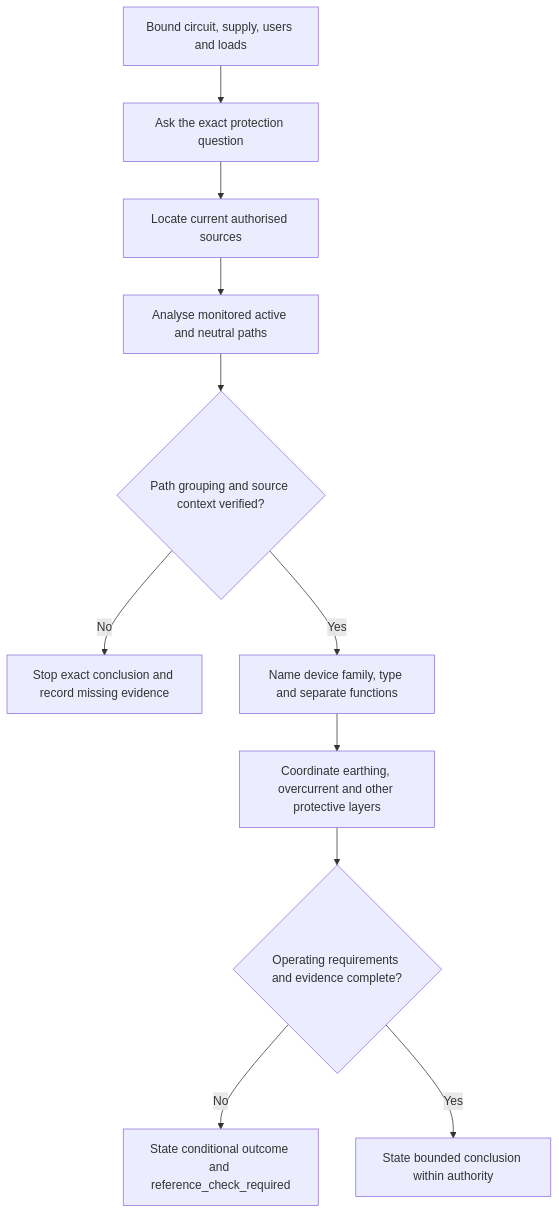
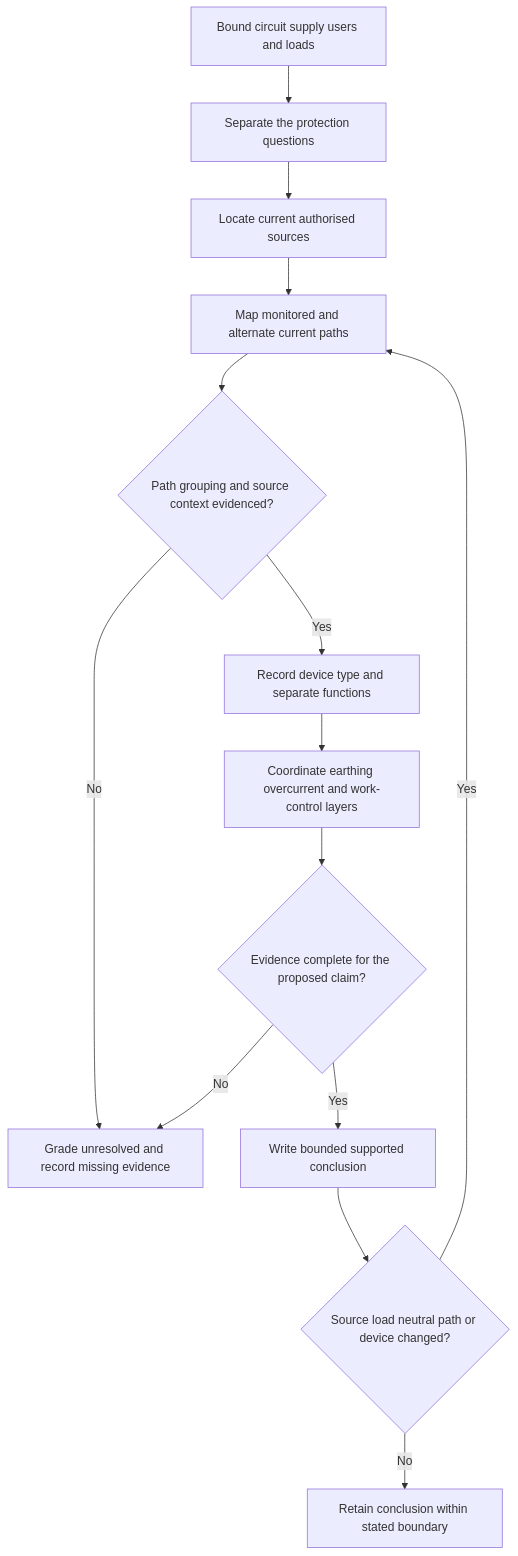
One commit to andrew3stedall/capstone changed the first of 2 diagrams in docs/learning-plans/6-week/modules/day-06-rcd-purpose-limits-and-coordination-with-other-protection.md. Above: the diagram before and after it, drawn with Mermaid. The commit also changed other lines of this file, not shown here.

````diff
--- a/docs/learning-plans/6-week/modules/day-06-rcd-purpose-limits-and-coordination-with-other-protection.md
+++ b/docs/learning-plans/6-week/modules/day-06-rcd-purpose-limits-and-coordination-with-other-protection.md
@@ -157,13 +168,16 @@
 ```mermaid
 flowchart TD
-    A["Bound circuit, supply, users and loads"] --> B["Ask the exact protection question"]
+    A["Bound circuit supply users and loads"] --> B["Separate the protection questions"]
     B --> C["Locate current authorised sources"]
-    C --> D["Analyse monitored active and neutral paths"]
-    D --> E{"Path grouping and source context verified?"}
-    E -->|"No"| F["Stop exact conclusion and record missing evidence"]
-    E -->|"Yes"| G["Name device family, type and separate functions"]
-    G --> H["Coordinate earthing, overcurrent and other protective layers"]
-    H --> I{"Operating requirements and evidence complete?"}
-    I -->|"No"| J["State conditional outcome and reference_check_required"]
-    I -->|"Yes"| K["State bounded conclusion within authority"]
+    C --> D["Map monitored and alternate current paths"]
+    D --> E{"Path grouping and source context evidenced?"}
+    E -->|"No"| F["Grade unresolved and record missing evidence"]
+    E -->|"Yes"| G["Record device type and separate functions"]
+    G --> H["Coordinate earthing overcurrent and work-control layers"]
+    H --> I{"Evidence complete for the proposed claim?"}
+    I -->|"No"| F
+    I -->|"Yes"| J["Write bounded supported conclusion"]
+    J --> K{"Source load neutral path or device changed?"}
+    K -->|"Yes"| D
+    K -->|"No"| L["Retain conclusion within stated boundary"]
 ```
````
